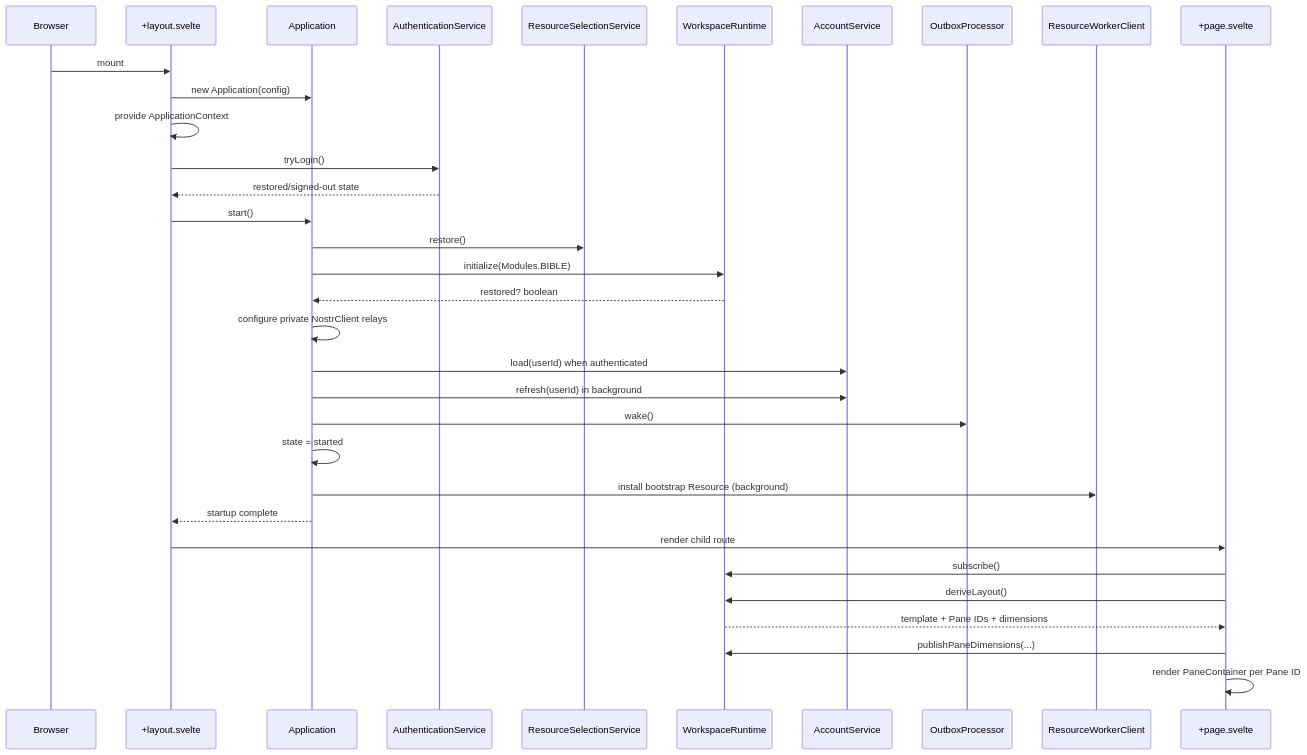
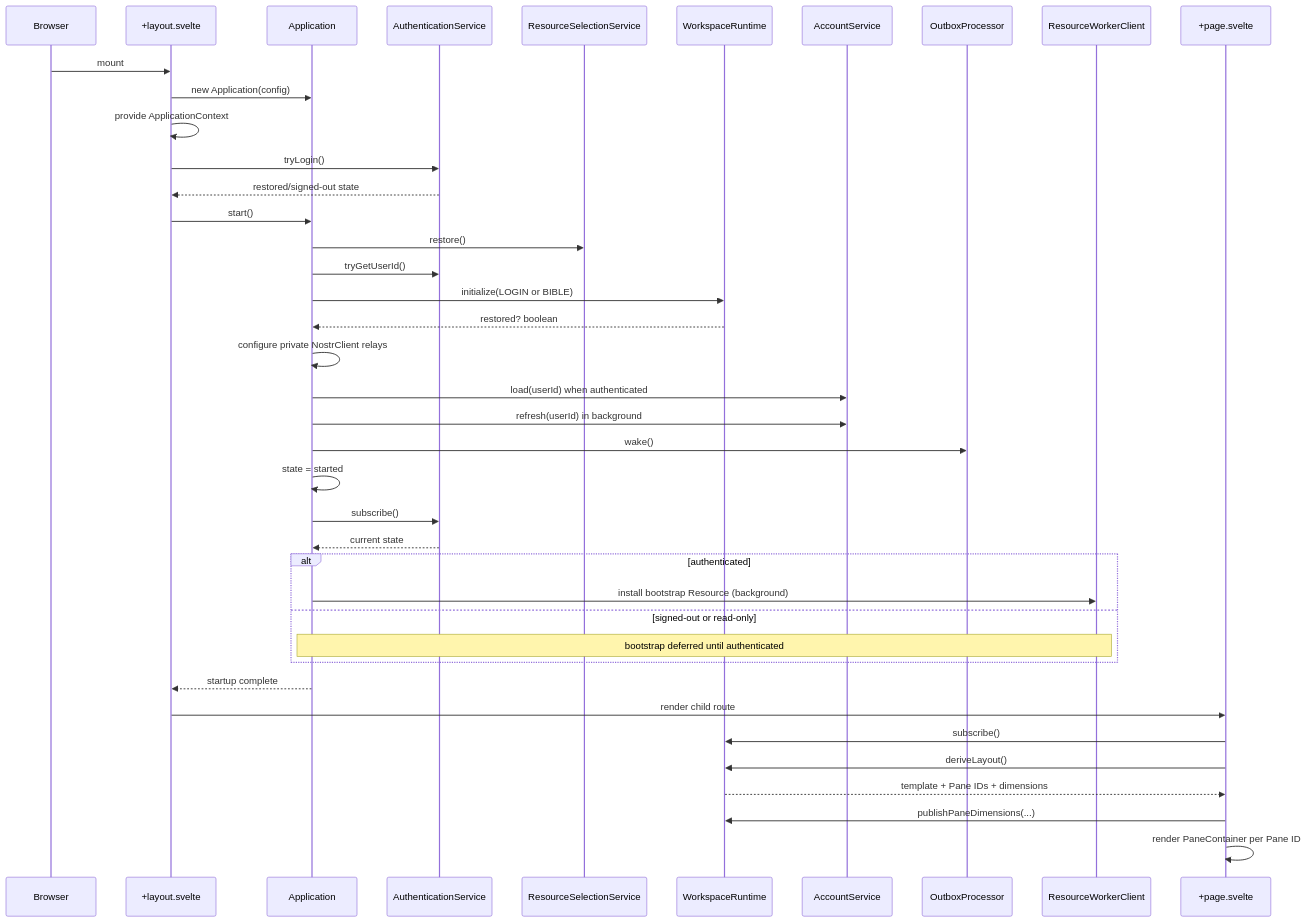
Before and after one commit to kjvonly/kjvonly.bible: the first of 4 diagrams in docs/03_implementation/runtime/001-root-runtime.md, drawn with Mermaid. The commit also changed other lines of this file and 30 other files, not shown here.

Commit message:
* auth aware fresh workspace login * separate create account and nsec login * authenticated bootstrap after login * nsec visibility in profile module * nostr edit profile

````diff
--- a/docs/03_implementation/runtime/001-root-runtime.md
+++ b/docs/03_implementation/runtime/001-root-runtime.md
@@ -1853,36 +1884,43 @@
 ```mermaid
 sequenceDiagram
     participant Browser
     participant Layout as +layout.svelte
     participant App as Application
     participant Auth as AuthenticationService
     participant Select as ResourceSelectionService
     participant Workspace as WorkspaceRuntime
     participant Account as AccountService
     participant Outbox as OutboxProcessor
     participant Worker as ResourceWorkerClient
     participant Page as +page.svelte
 
     Browser->>Layout: mount
     Layout->>App: new Application(config)
     Layout->>Layout: provide ApplicationContext
     Layout->>Auth: tryLogin()
     Auth-->>Layout: restored/signed-out state
     Layout->>App: start()
     App->>Select: restore()
-    App->>Workspace: initialize(Modules.BIBLE)
+    App->>Auth: tryGetUserId()
+    App->>Workspace: initialize(LOGIN or BIBLE)
     Workspace-->>App: restored? boolean
     App->>App: configure private NostrClient relays
     App->>Account: load(userId) when authenticated
     App->>Account: refresh(userId) in background
     App->>Outbox: wake()
     App->>App: state = started
-    App->>Worker: install bootstrap Resource (background)
+    App->>Auth: subscribe()
+    Auth-->>App: current state
+    alt authenticated
+        App->>Worker: install bootstrap Resource (background)
+    else signed-out or read-only
+        Note over App,Worker: bootstrap deferred until authenticated
+    end
     App-->>Layout: startup complete
     Layout->>Page: render child route
     Page->>Workspace: subscribe()
     Page->>Workspace: deriveLayout()
     Workspace-->>Page: template + Pane IDs + dimensions
     Page->>Workspace: publishPaneDimensions(...)
     Page->>Page: render PaneContainer per Pane ID
 ```
````
